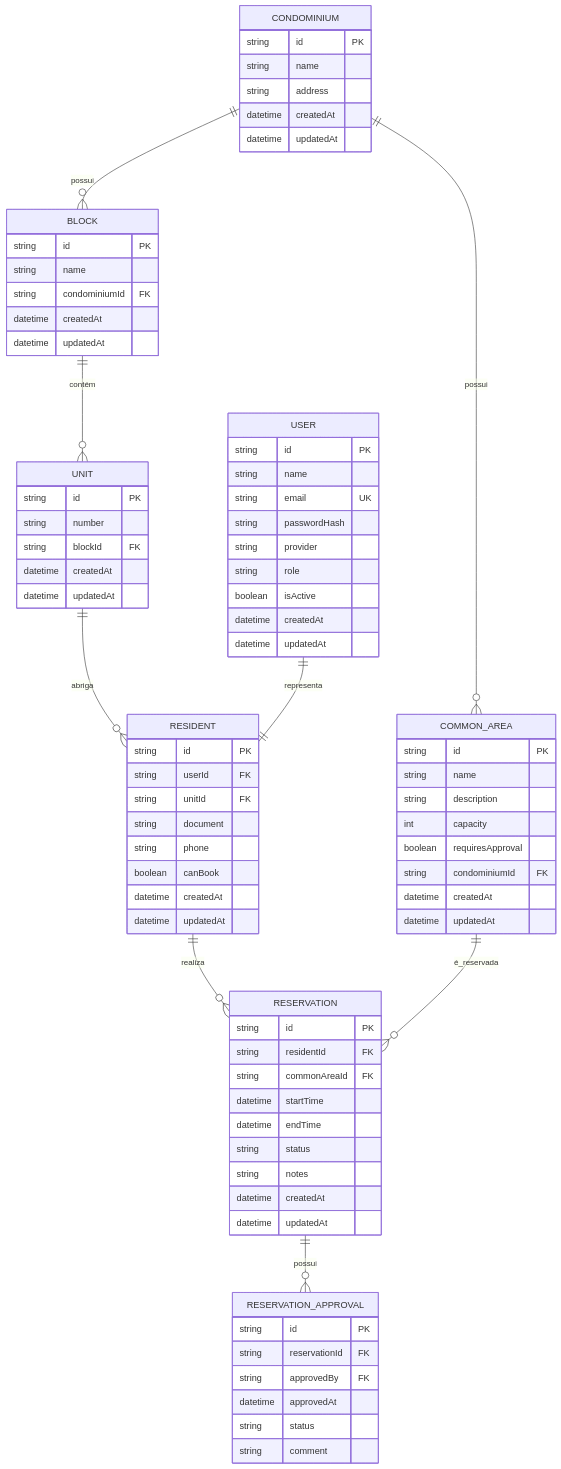
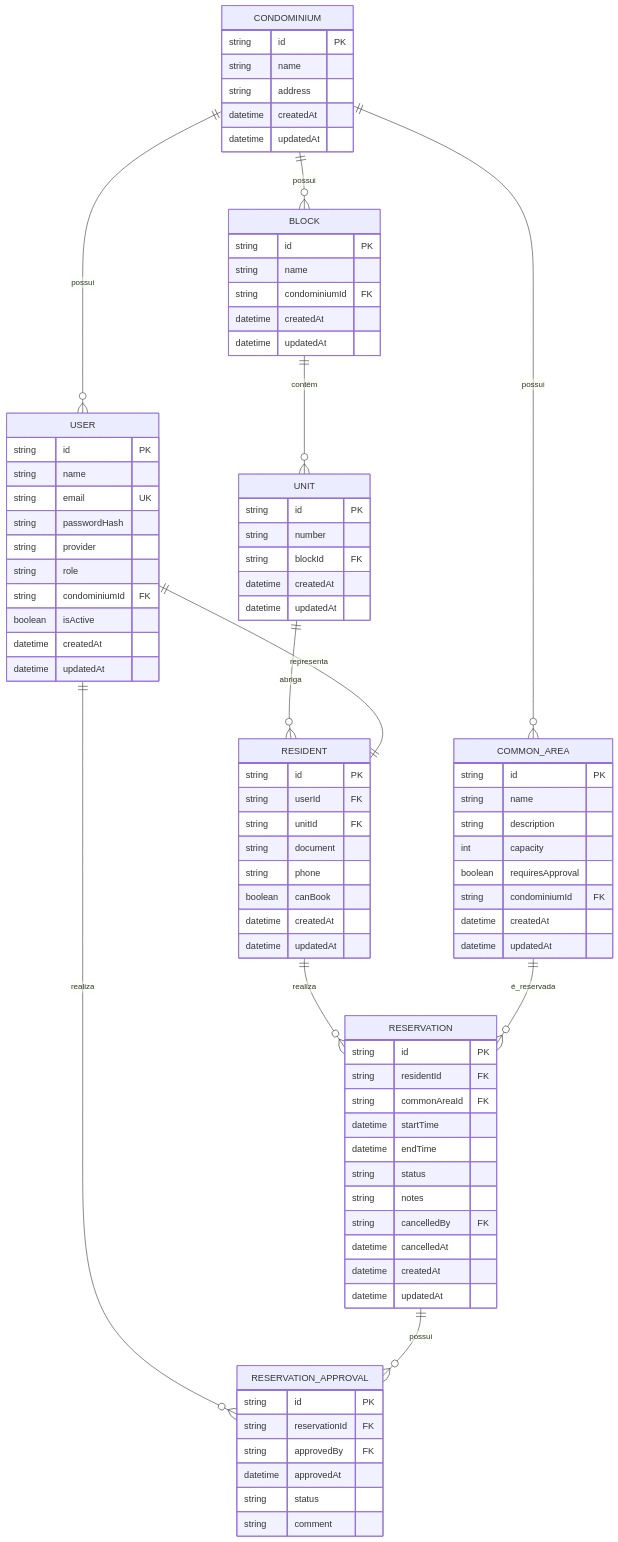
One commit to lucasgfaj/reserva-ai changed the diagram in docs/ssd.md. Above: the diagram before and after it, drawn with Mermaid. The commit also changed other lines of this file and 1 other file, not shown here.

````diff
--- a/docs/ssd.md
+++ b/docs/ssd.md
@@ -173,6 +176,7 @@
 ```mermaid
 erDiagram
 
+    CONDOMINIUM ||--o{ USER : possui
     CONDOMINIUM ||--o{ BLOCK : possui
     CONDOMINIUM ||--o{ COMMON_AREA : possui
 
@@ -181,6 +185,7 @@
     UNIT ||--o{ RESIDENT : abriga
 
     USER ||--|| RESIDENT : representa
+    USER ||--o{ RESERVATION_APPROVAL : realiza
     RESIDENT ||--o{ RESERVATION : realiza
 
     COMMON_AREA ||--o{ RESERVATION : é_reservada
@@ -193,6 +198,7 @@
         string passwordHash
         string provider
         string role
+        string condominiumId FK
         boolean isActive
         datetime createdAt
         datetime updatedAt
@@ -252,6 +258,8 @@
         datetime endTime
         string status
         string notes
+        string cancelledBy FK
+        datetime cancelledAt
         datetime createdAt
         datetime updatedAt
     }
````
